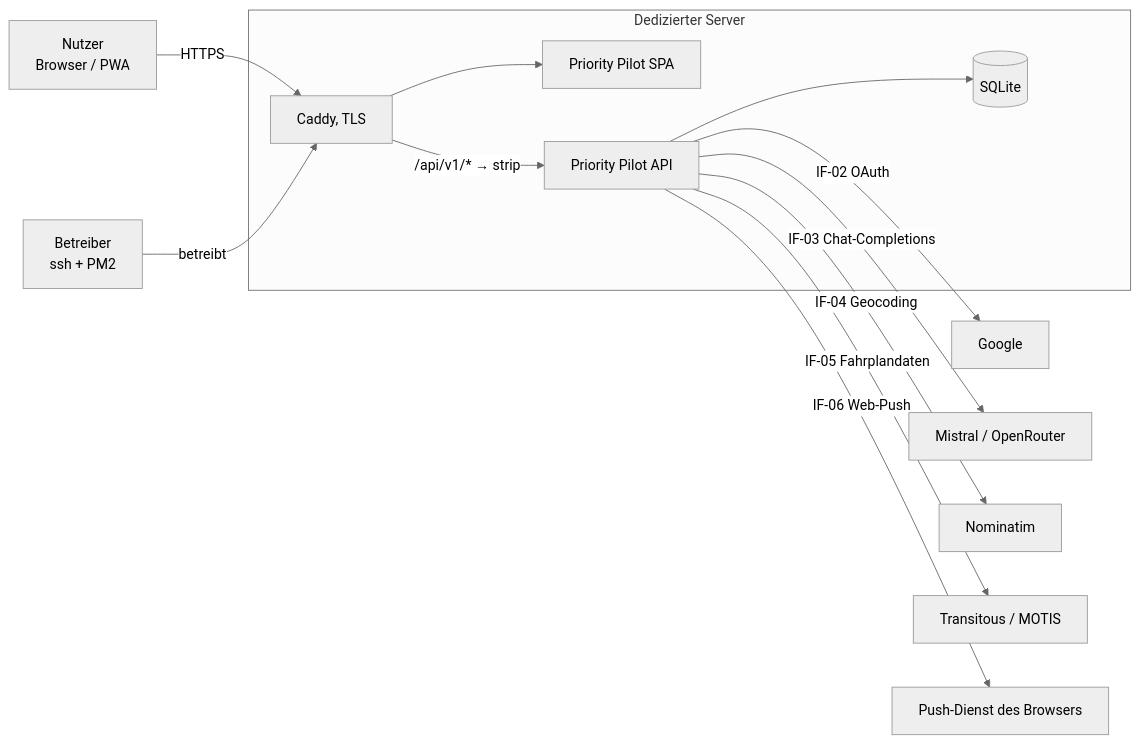
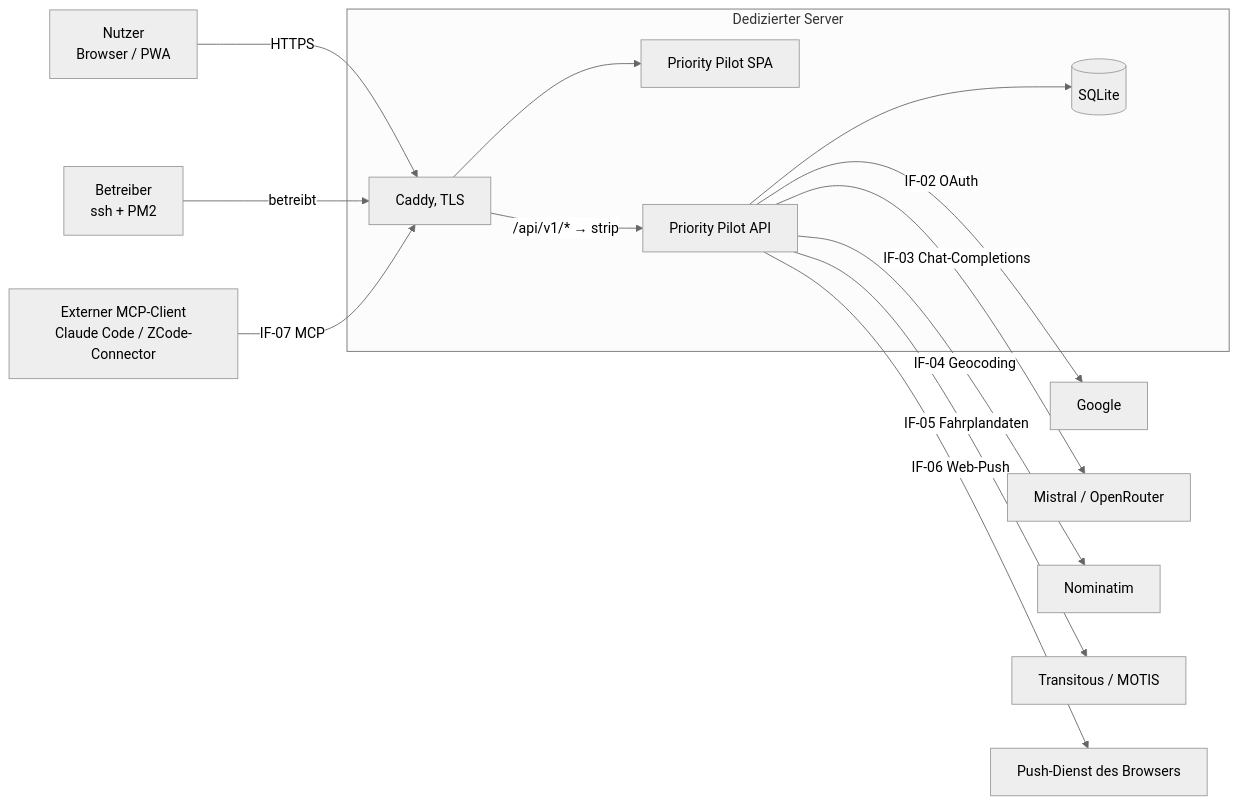
One commit to deleonio/priority-pilot changed the first of 5 diagrams in docs/arc42.md. Above: the diagram before and after it, drawn with Mermaid (neutral theme). The commit also changed other lines of this file, not shown here.

````diff
--- a/docs/arc42.md
+++ b/docs/arc42.md
@@ -57,15 +57,16 @@
 ```mermaid
 graph LR
     Nutzer[Nutzer<br/>Browser / PWA] -->|HTTPS| Caddy
     Betreiber[Betreiber<br/>ssh + PM2] -->|betreibt| Caddy
+    MCPClient[Externer MCP-Client<br/>Claude Code / ZCode-Connector] -->|IF-07 MCP| Caddy
     subgraph Host[Dedizierter Server]
         Caddy[Caddy, TLS] --> SPA[Priority Pilot SPA]
         Caddy -->|"/api/v1/* → strip"| API[Priority Pilot API]
         API --> DB[(SQLite)]
     end
     API -->|IF-02 OAuth| Google[Google]
     API -->|IF-03 Chat-Completions| LLM[Mistral / OpenRouter]
     API -->|IF-04 Geocoding| Nominatim[Nominatim]
     API -->|IF-05 Fahrplandaten| Transitous[Transitous / MOTIS]
     API -->|IF-06 Web-Push| Push[Push-Dienst des Browsers]
 ```
````
